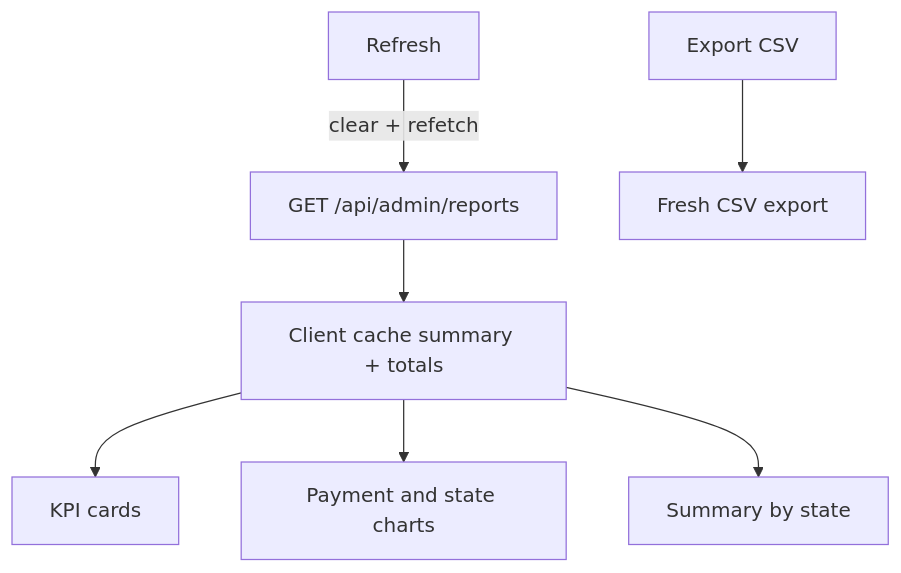
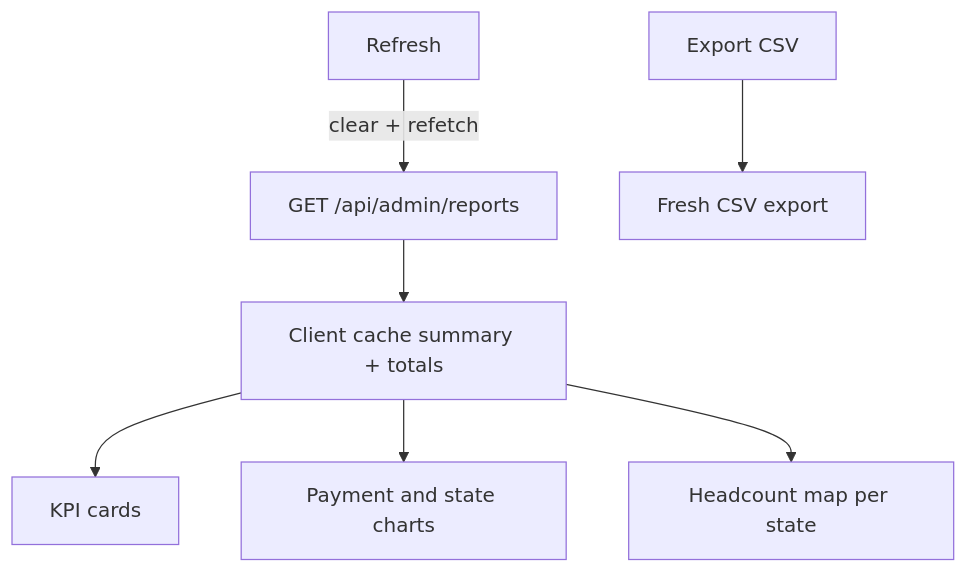
Before and after one commit to dotnetmike/CFCA_Registration: the second of 6 diagrams in docs/flows/admin-dashboard.md, drawn with Mermaid. The commit also changed other lines of this file and 9 other files, not shown here.

````diff
--- a/docs/flows/admin-dashboard.md
+++ b/docs/flows/admin-dashboard.md
@@ -23,15 +23,15 @@
 ```mermaid
 flowchart TB
   Fetch[GET /api/admin/reports]
   Cache[Client cache summary + totals]
   KPIs[KPI cards]
   Charts[Payment and state charts]
-  Table[Summary by state]
+  Map[Headcount map per state]
   CSV[Fresh CSV export]
   Fetch --> Cache
   Cache --> KPIs
   Cache --> Charts
-  Cache --> Table
+  Cache --> Map
   Refresh[Refresh] -->|clear + refetch| Fetch
   Export[Export CSV] --> CSV
 ```
````
